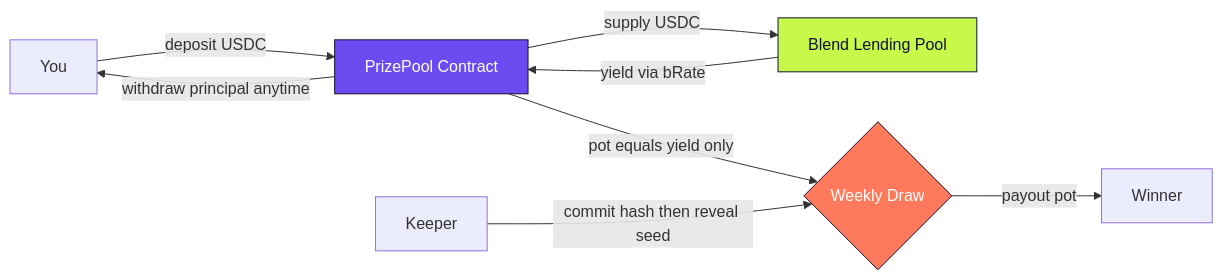
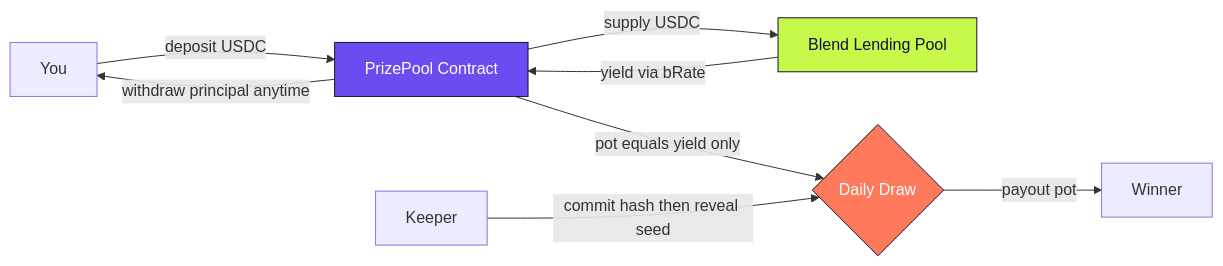
One commit to woydarko/cation changed the diagram in README.md. Above: the diagram before and after it, drawn with Mermaid. The commit also changed other lines of this file and 9 other files, not shown here.

````diff
--- a/README.md
+++ b/README.md
@@ -46,14 +46,14 @@
 ```mermaid
 flowchart LR
   U[You] -->|deposit USDC| P[PrizePool Contract]
   P -->|supply USDC| B[Blend Lending Pool]
   B -->|yield via bRate| P
-  P -->|pot equals yield only| D{Weekly Draw}
+  P -->|pot equals yield only| D{Daily Draw}
   K[Keeper] -->|commit hash then reveal seed| D
   D -->|payout pot| W[Winner]
   P -->|withdraw principal anytime| U
 
   style P fill:#6c4cf1,stroke:#141234,color:#fff
   style B fill:#c7f94b,stroke:#141234,color:#141234
   style D fill:#ff7a5c,stroke:#141234,color:#fff
 ```
````
